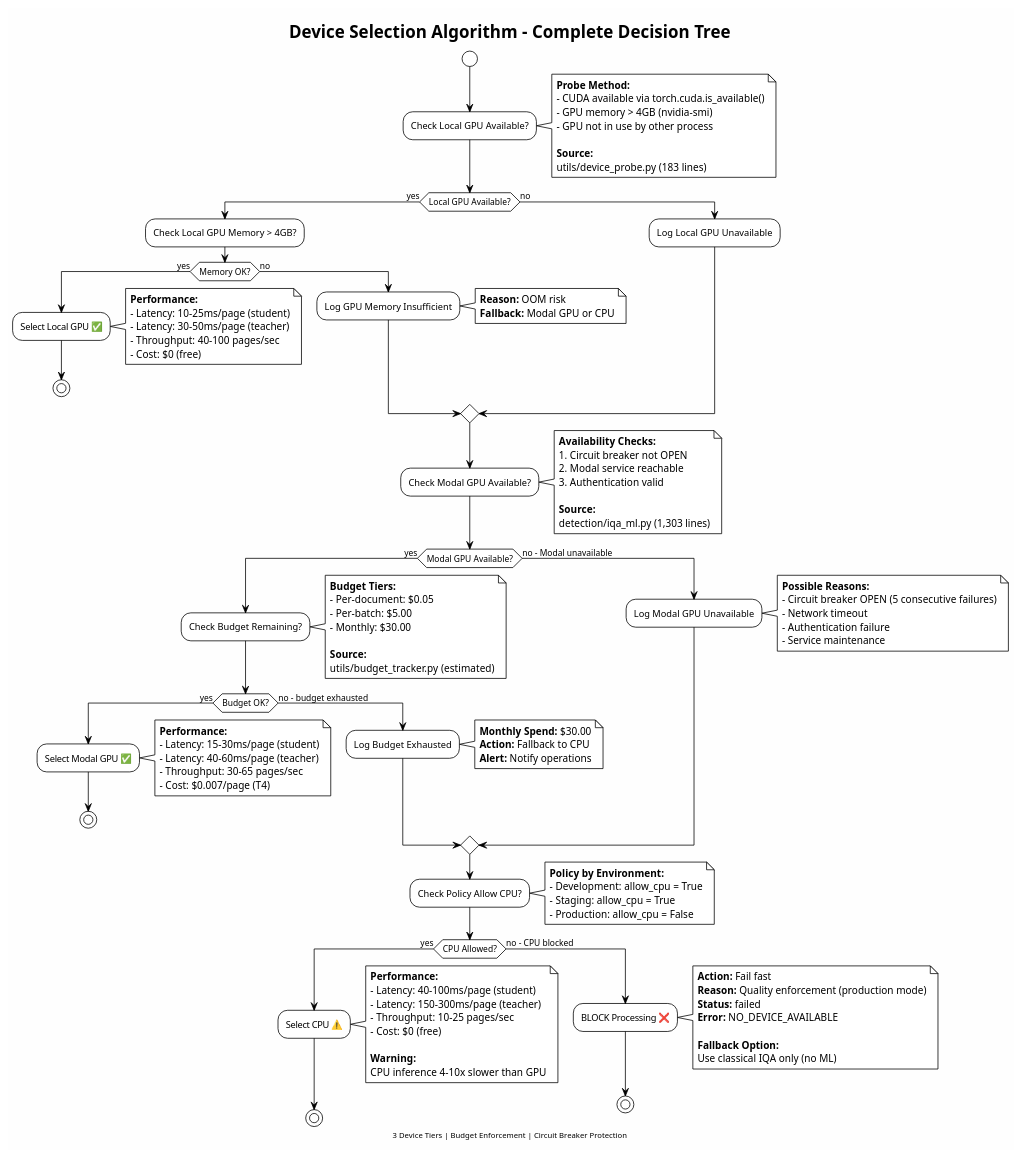
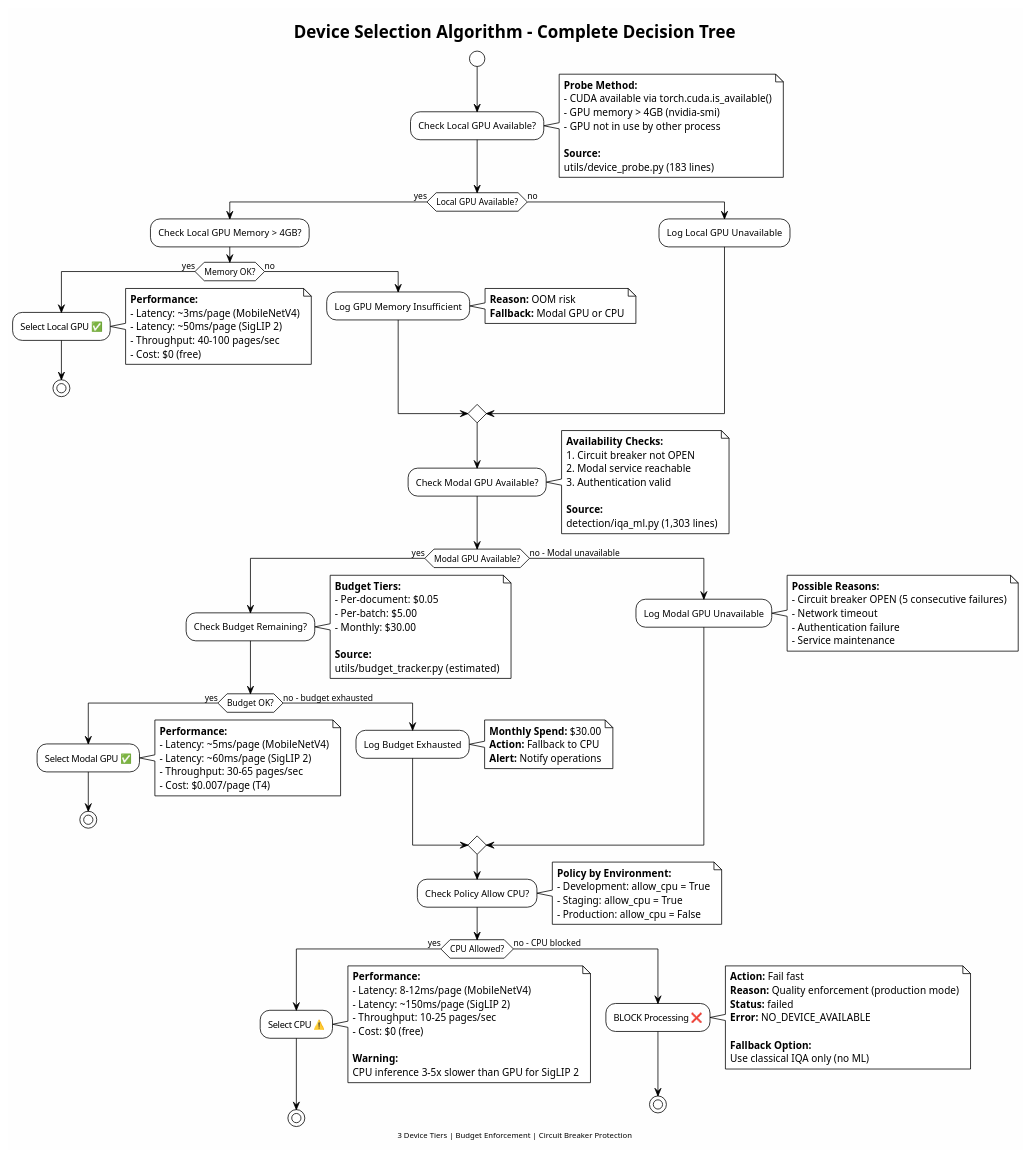
One commit to williaby/image-preprocessing-detector changed the first of 3 diagrams in docs/architecture/diagrams/level-3/production-runtime/device-orchestrator.md. Above: the diagram before and after it, drawn with PlantUML. The commit also changed other lines of this file and 99 other files, not shown here.

First line of the commit message:
refactor(docs): reorganize architecture diagrams and add Level 3 docs

```diff
--- a/docs/architecture/diagrams/level-3/production-runtime/device-orchestrator.md
+++ b/docs/architecture/diagrams/level-3/production-runtime/device-orchestrator.md
@@ -103,8 +103,8 @@
     :Select Local GPU ✅;
     note right
       **Performance:**
-      - Latency: 10-25ms/page (student)
-      - Latency: 30-50ms/page (teacher)
+      - Latency: ~3ms/page (MobileNetV4)
+      - Latency: ~50ms/page (SigLIP 2)
       - Throughput: 40-100 pages/sec
       - Cost: $0 (free)
     end note
@@ -147,8 +147,8 @@
     :Select Modal GPU ✅;
     note right
       **Performance:**
-      - Latency: 15-30ms/page (student)
-      - Latency: 40-60ms/page (teacher)
+      - Latency: ~5ms/page (MobileNetV4)
+      - Latency: ~60ms/page (SigLIP 2)
       - Throughput: 30-65 pages/sec
       - Cost: $0.007/page (T4)
     end note
@@ -184,13 +184,13 @@
   :Select CPU ⚠️;
   note right
     **Performance:**
-    - Latency: 40-100ms/page (student)
-    - Latency: 150-300ms/page (teacher)
+    - Latency: 8-12ms/page (MobileNetV4)
+    - Latency: ~150ms/page (SigLIP 2)
     - Throughput: 10-25 pages/sec
     - Cost: $0 (free)
 
     **Warning:**
-    CPU inference 4-10x slower than GPU
+    CPU inference 3-5x slower than GPU for SigLIP 2
   end note
   stop
 else (no - CPU blocked)
```
